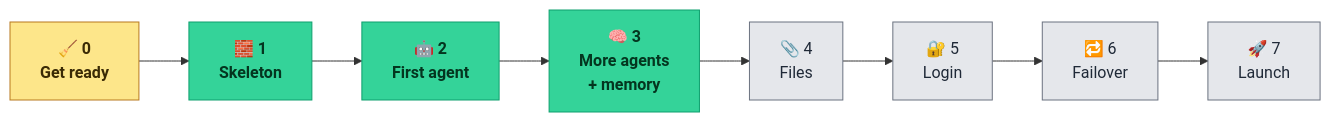
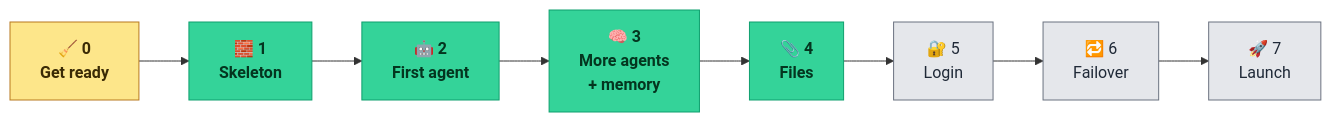
The first of 4 diagrams in TASKS.md (anurag-joshi-1403/Multi-Agent-AI-Platform), drawn with Mermaid before and after one commit. The commit also changed other lines of this file, not shown here.

First line of the commit message:
docs(tasks): mark Phase 4 done

````diff
--- a/TASKS.md
+++ b/TASKS.md
@@ -37,11 +37,11 @@
 ```mermaid
 flowchart LR
     classDef done fill:#34d399,stroke:#0f9f6e,color:#04351f,font-weight:bold
     classDef doing fill:#fde68a,stroke:#b7791f,color:#3a2a05,font-weight:bold
     classDef todo fill:#e5e7eb,stroke:#6b7280,color:#1f2937
     P0["🧹 0<br/>Get ready"] --> P1["🧱 1<br/>Skeleton"] --> P2["🤖 2<br/>First agent"] --> P3["🧠 3<br/>More agents<br/>+ memory"]
     P3 --> P4["📎 4<br/>Files"] --> P5["🔐 5<br/>Login"] --> P6["🔁 6<br/>Failover"] --> P7["🚀 7<br/>Launch"]
-    class P1,P2,P3 done
+    class P1,P2,P3,P4 done
     class P0 doing
-    class P4,P5,P6,P7 todo
+    class P5,P6,P7 todo
 ```
````
